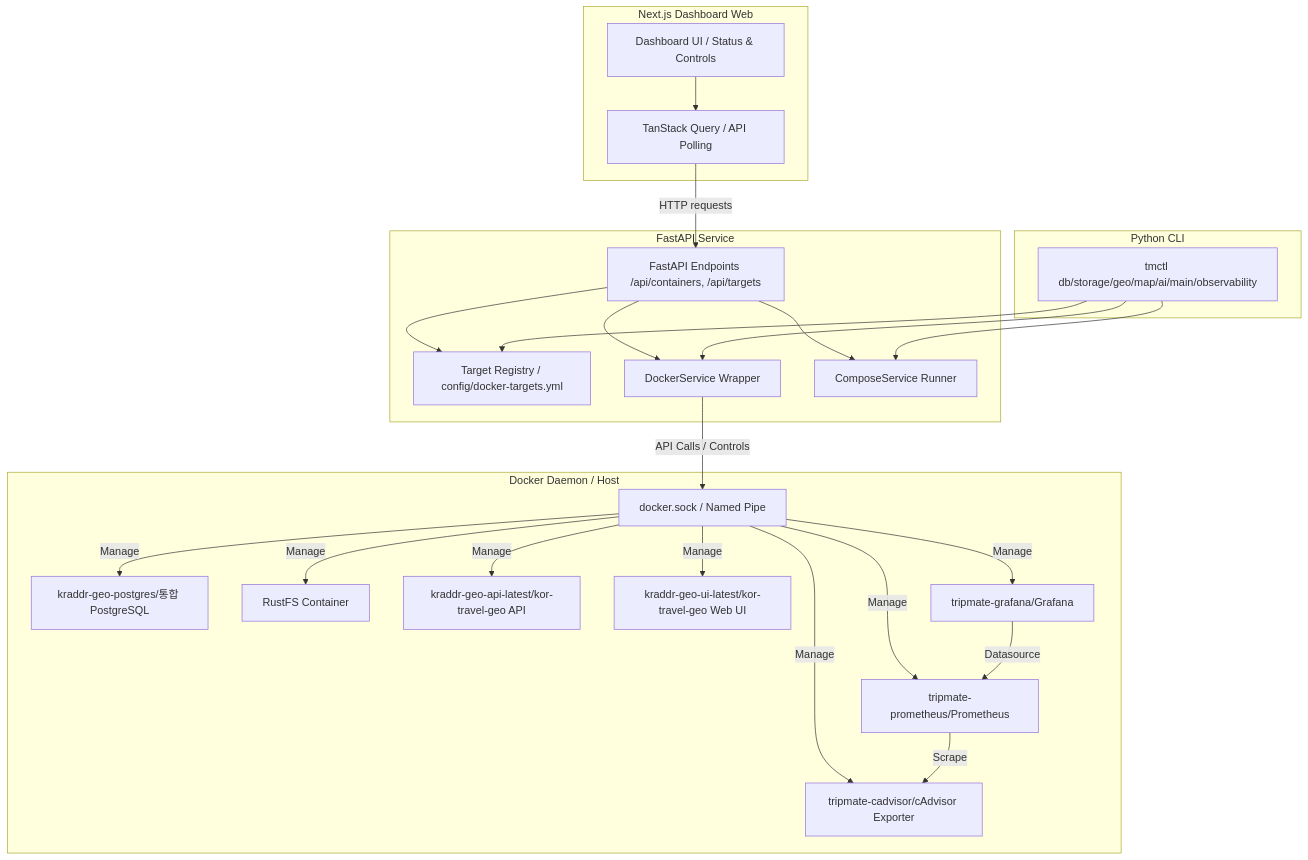
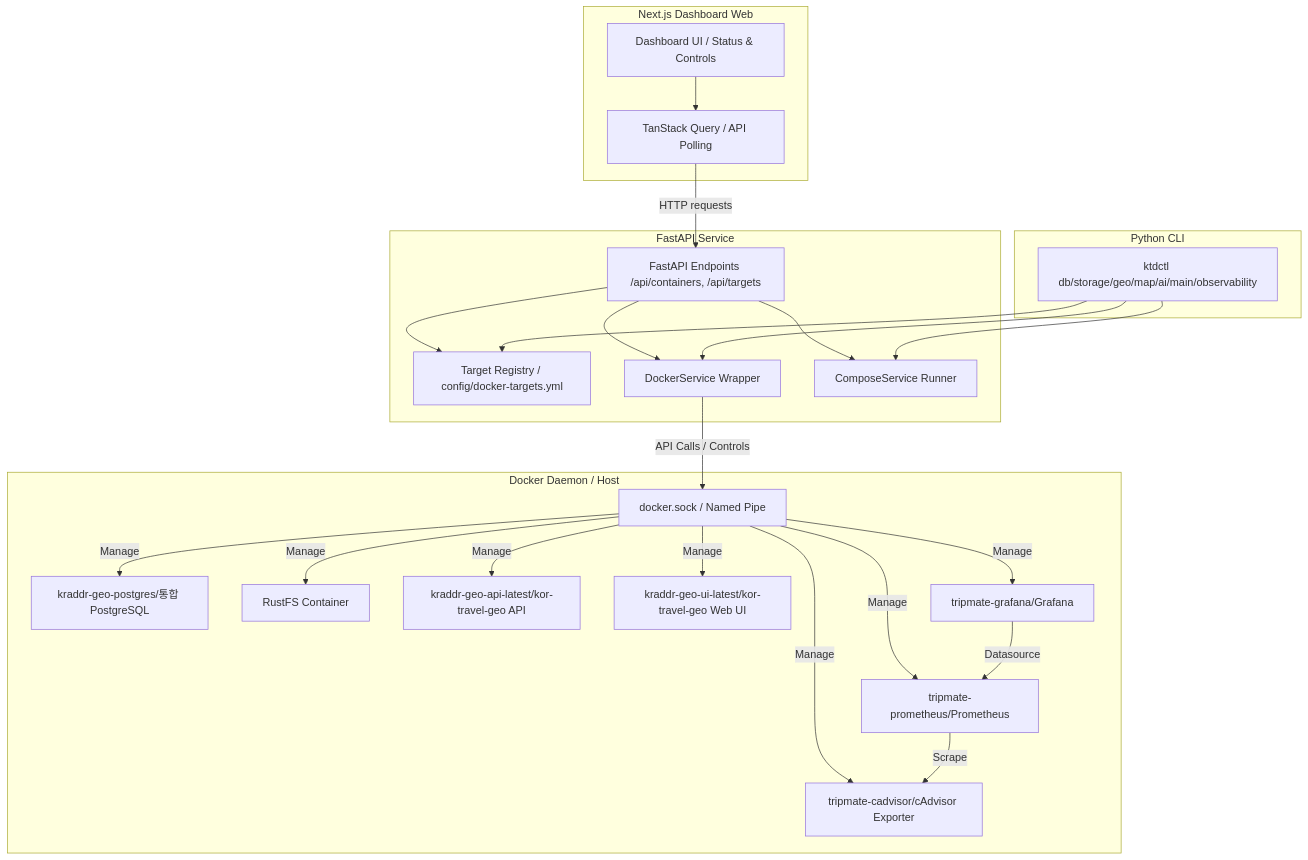
One commit to digitie/kor-travel-docker-manager changed the diagram in docs/architecture.md. Above: the diagram before and after it, drawn with Mermaid. The commit also changed other lines of this file and 40 other files, not shown here.

````diff
--- a/docs/architecture.md
+++ b/docs/architecture.md
@@ -11,49 +11,49 @@
 ```mermaid
 graph TD
     subgraph Frontend [Next.js Dashboard Web]
         UI[Dashboard UI / Status & Controls]
         TQ[TanStack Query / API Polling]
         UI --> TQ
     end
 
     subgraph Backend [FastAPI Service]
         API[FastAPI Endpoints /api/containers, /api/targets]
         REG[Target Registry / config/docker-targets.yml]
         DS[DockerService Wrapper]
         CS[ComposeService Runner]
         API --> REG
         API --> DS
         API --> CS
     end
 
     subgraph CLI [Python CLI]
-        CLI_CMD[tmctl db/storage/geo/map/ai/main/observability]
+        CLI_CMD[ktdctl db/storage/geo/map/ai/main/observability]
         CLI_CMD --> REG
         CLI_CMD --> DS
         CLI_CMD --> CS
     end
 
     subgraph Infrastructure [Docker Daemon / Host]
         D_Sock[docker.sock / Named Pipe]
         C_PG[kraddr-geo-postgres/통합 PostgreSQL]
         C_RFS[RustFS Container]
         C_GEO_API[kraddr-geo-api-latest/kor-travel-geo API]
         C_GEO_UI[kraddr-geo-ui-latest/kor-travel-geo Web UI]
         C_PROM[tripmate-prometheus/Prometheus]
         C_GRAF[tripmate-grafana/Grafana]
         C_EXP[tripmate-cadvisor/cAdvisor Exporter]
         
         DS -->|API Calls / Controls| D_Sock
         D_Sock -->|Manage| C_PG
         D_Sock -->|Manage| C_RFS
         D_Sock -->|Manage| C_GEO_API
         D_Sock -->|Manage| C_GEO_UI
         D_Sock -->|Manage| C_PROM
         D_Sock -->|Manage| C_GRAF
         D_Sock -->|Manage| C_EXP
         C_PROM -->|Scrape| C_EXP
         C_GRAF -->|Datasource| C_PROM
     end
     
     TQ -->|HTTP requests| API
 ```
````
